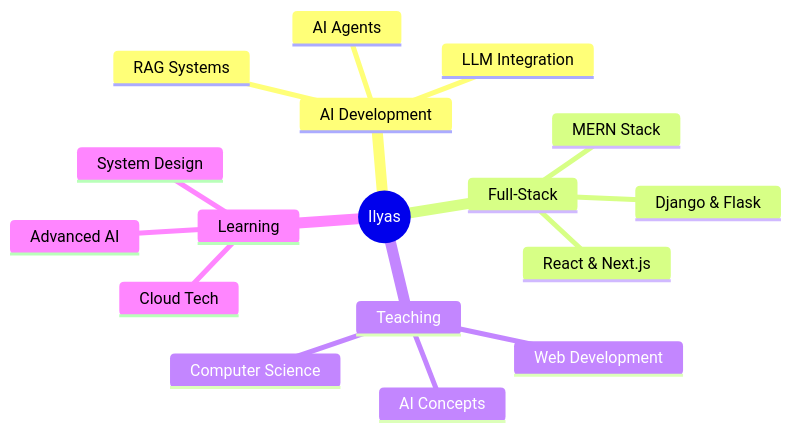
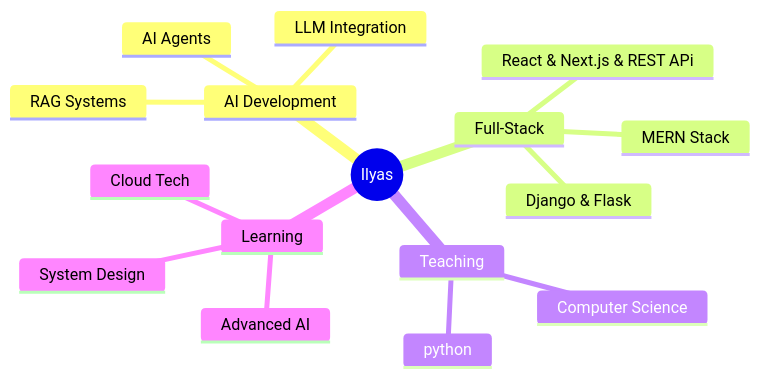
One commit to ilyas-ali-benyahia/ilyas-ali-benyahia changed the diagram in README.md. Above: the diagram before and after it, drawn with Mermaid. The commit also changed other lines of this file, not shown here.

````diff
--- a/README.md
+++ b/README.md
@@ -127,20 +128,20 @@
 ```mermaid
 mindmap
   root((Ilyas))
     AI Development
       RAG Systems
       LLM Integration
       AI Agents
     Full-Stack
-      React & Next.js
+      React & Next.js & REST APi
       Django & Flask
       MERN Stack
     Teaching
       Computer Science
-      AI Concepts
-      Web Development
+      python
+      
     Learning
       Advanced AI
       System Design
       Cloud Tech
 ```
````
